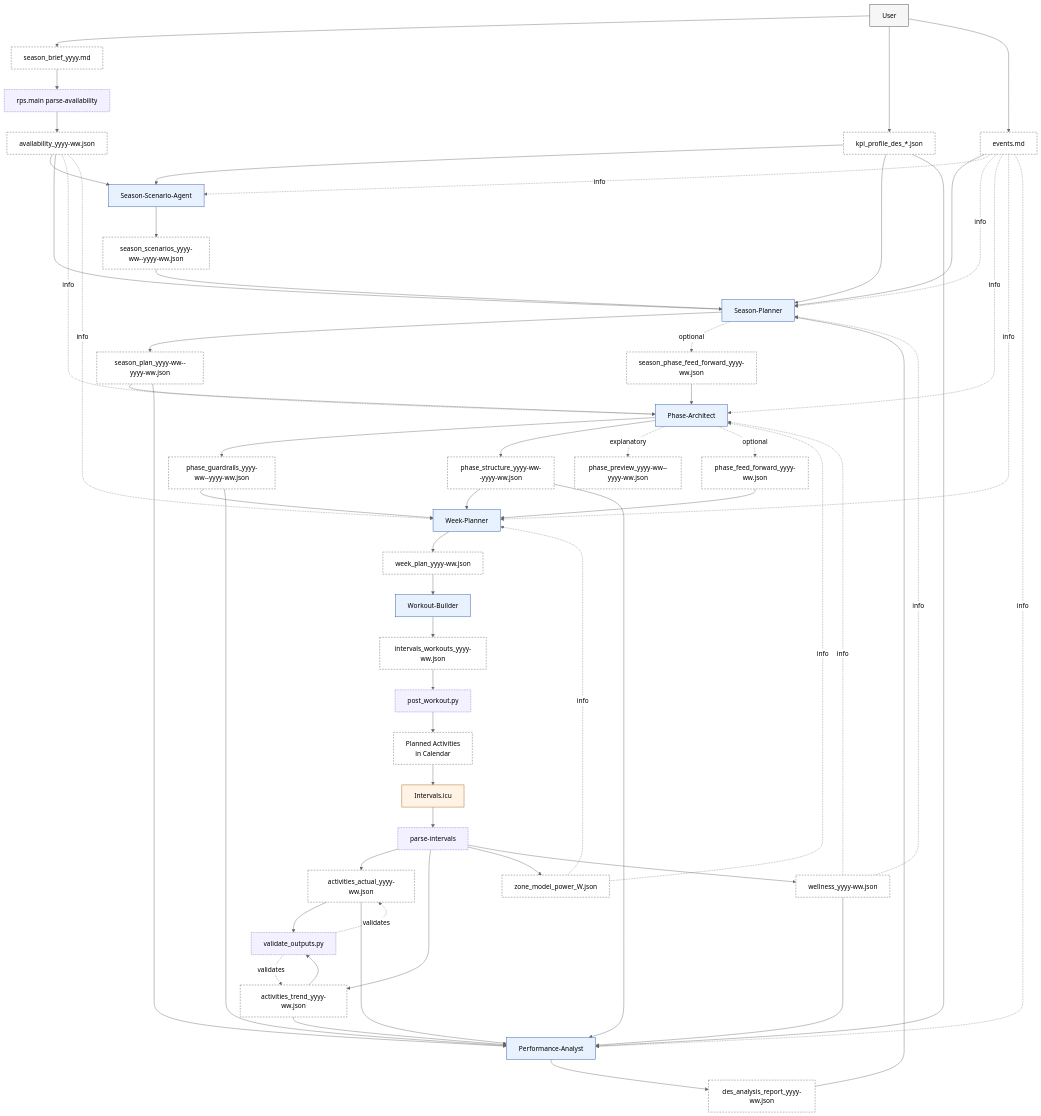
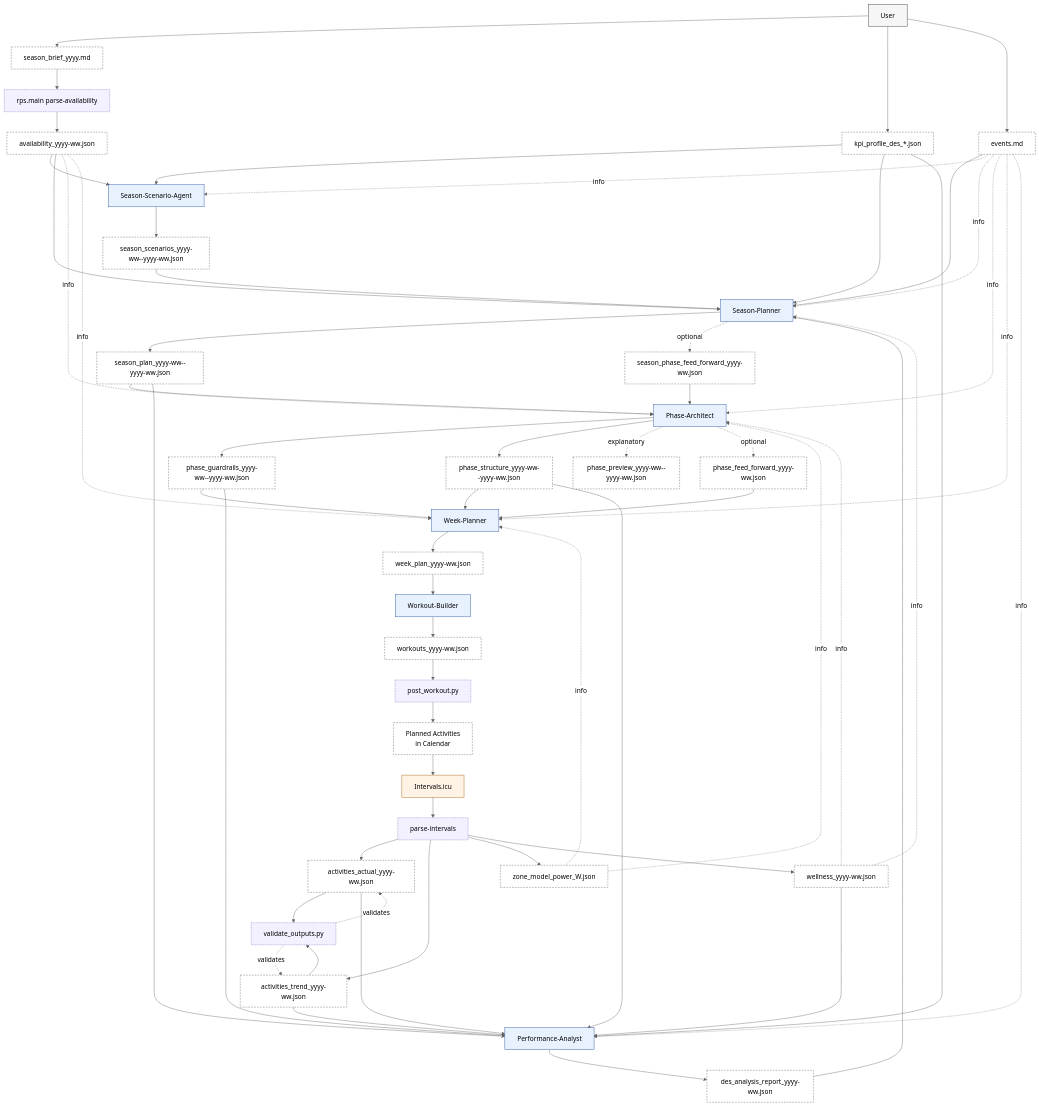
The first of 8 diagrams in doc/artefact_flow_overview_and_detail.md (albauer-priv/RPS), drawn with Mermaid (neutral theme) before and after one commit. The commit also changed other lines of this file and 14 other files, not shown here.

```diff
--- a/doc/artefact_flow_overview_and_detail.md
+++ b/doc/artefact_flow_overview_and_detail.md
@@ -39,7 +39,7 @@
   BFF[phase_feed_forward_yyyy-ww.json]:::artefact
   ZM[zone_model_power_<FTP>W.json]:::artefact
   WP[week_plan_yyyy-ww.json]:::artefact
-  WJ[intervals_workouts_yyyy-ww.json]:::artefact
+  WJ[workouts_yyyy-ww.json]:::artefact
   CAL[Planned Activities<br/>in Calendar]:::artefact
   AA[activities_actual_yyyy-ww.json]:::artefact
   AT[activities_trend_yyyy-ww.json]:::artefact
```
